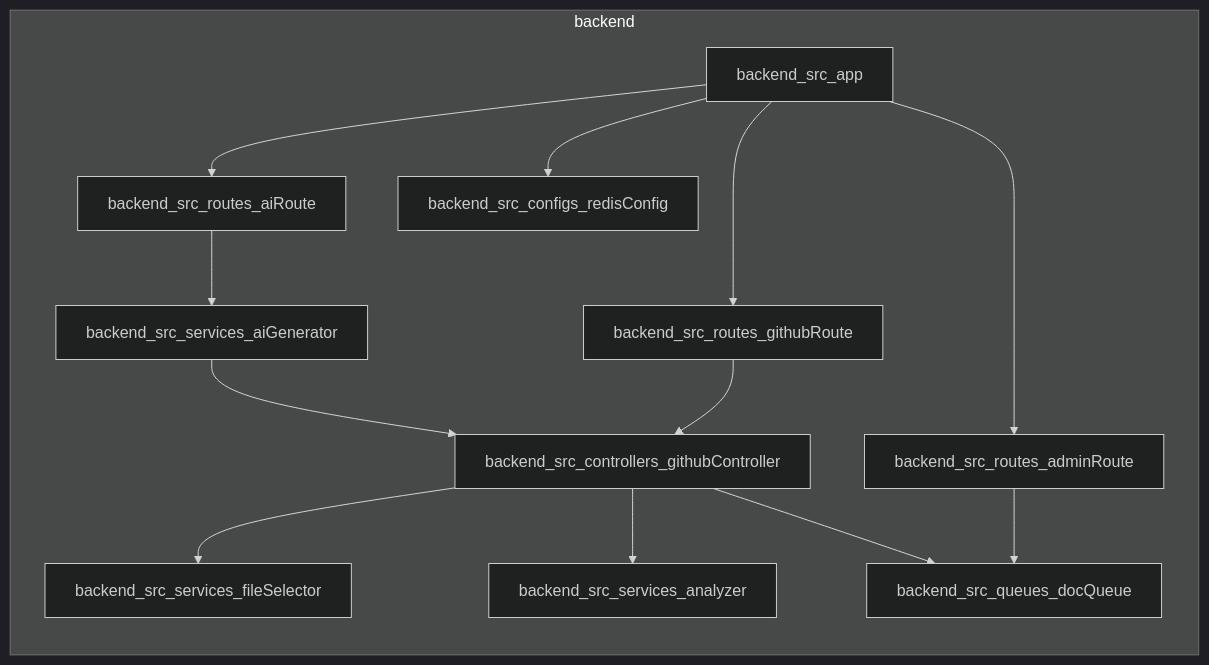
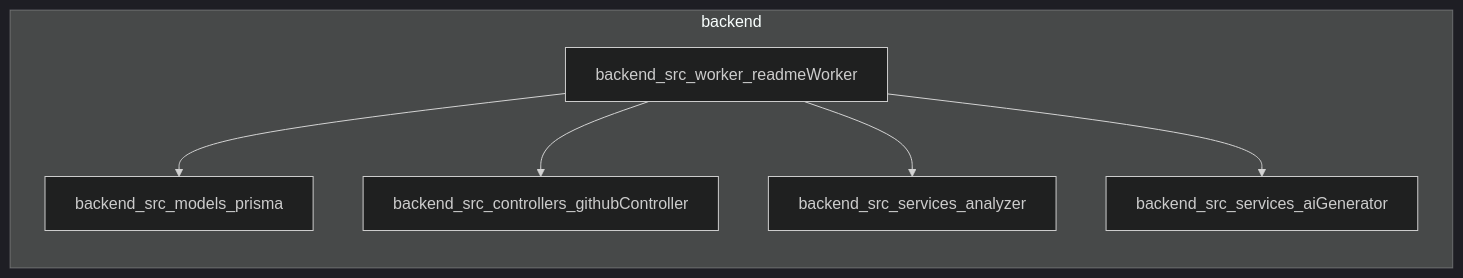
One commit to Devesh326/ai-document-generator changed the diagram in README.md. Above: the diagram before and after it, drawn with Mermaid (dark theme). The commit also changed other lines of this file, not shown here.

Commit message:
docs: add AI generated README v95

````diff
--- a/README.md
+++ b/README.md
@@ -26,16 +26,9 @@
 ```mermaid
 graph LR
   subgraph backend
-    backend_src_controllers_githubController --> backend_src_services_fileSelector
-    backend_src_controllers_githubController --> backend_src_services_analyzer
-    backend_src_controllers_githubController --> backend_src_queues_docQueue
-    backend_src_services_aiGenerator --> backend_src_controllers_githubController
-    backend_src_routes_aiRoute --> backend_src_services_aiGenerator
-    backend_src_routes_githubRoute --> backend_src_controllers_githubController
-    backend_src_routes_adminRoute --> backend_src_queues_docQueue
-    backend_src_app --> backend_src_routes_githubRoute
-    backend_src_app --> backend_src_routes_aiRoute
-    backend_src_app --> backend_src_routes_adminRoute
-    backend_src_app --> backend_src_configs_redisConfig
+    backend_src_worker_readmeWorker --> backend_src_models_prisma
+    backend_src_worker_readmeWorker --> backend_src_controllers_githubController
+    backend_src_worker_readmeWorker --> backend_src_services_analyzer
+    backend_src_worker_readmeWorker --> backend_src_services_aiGenerator
   end
 ```
````
